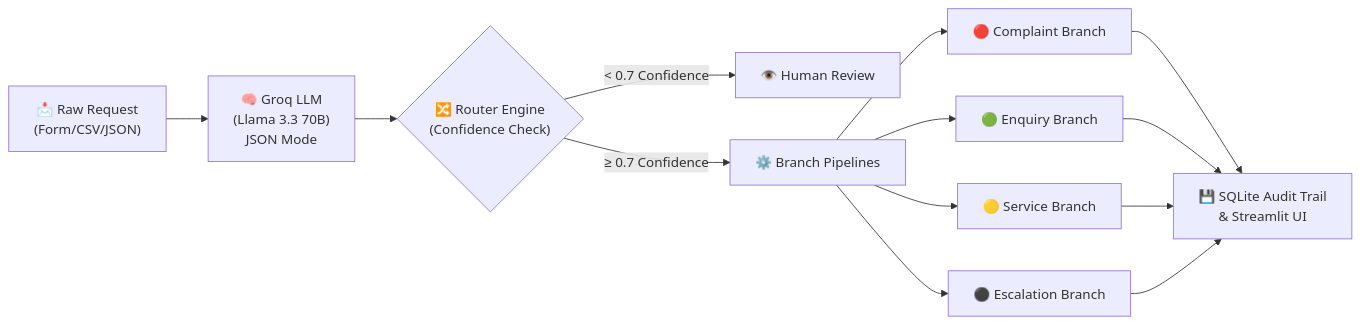
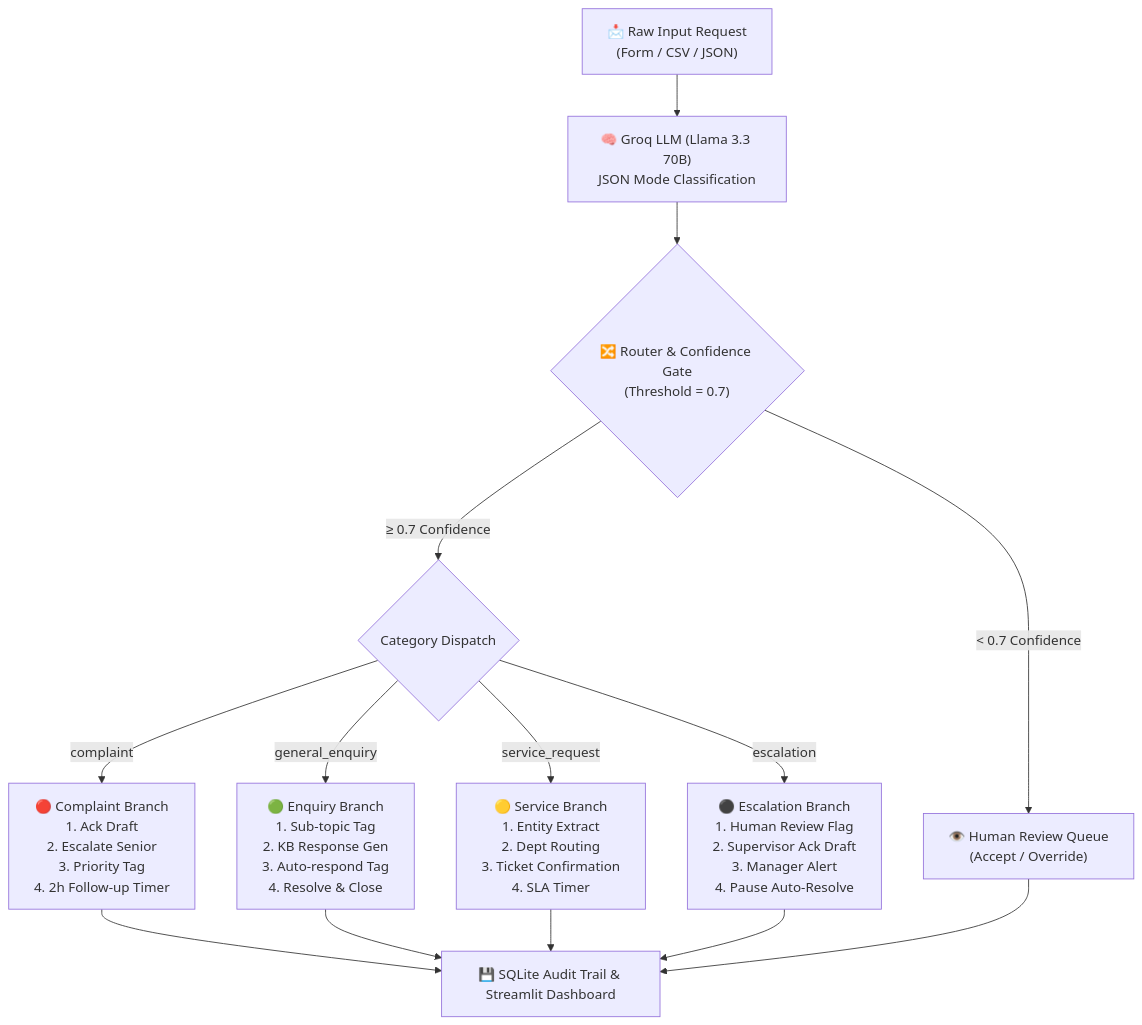
Before and after one commit to Axxhit/AI-Request-Processing-Workflow: the diagram in docs/slides/presentation.md, drawn with Mermaid. The commit also changed other lines of this file, not shown here.

````diff
--- a/docs/slides/presentation.md
+++ b/docs/slides/presentation.md
@@ -25,15 +25,15 @@
 ```mermaid
-flowchart LR
-    A["📩 Raw Request\n(Form/CSV/JSON)"] --> B["🧠 Groq LLM\n(Llama 3.3 70B)\nJSON Mode"]
-    B --> C{"🔀 Router Engine\n(Confidence Check)"}
-    
-    C -->|"< 0.7 Confidence"| H["👁️ Human Review"]
-    C -->|"≥ 0.7 Confidence"| D["⚙️ Branch Pipelines"]
+flowchart TD
+    A["📩 Raw Input Request\n(Form / CSV / JSON)"] --> B["🧠 Groq LLM (Llama 3.3 70B)\nJSON Mode Classification"]
+    B --> C{"🔀 Router & Confidence Gate\n(Threshold = 0.7)"}
 
-    D --> E1["🔴 Complaint Branch"]
-    D --> E2["🟢 Enquiry Branch"]
-    D --> E3["🟡 Service Branch"]
-    D --> E4["⚫ Escalation Branch"]
+    C -->|"< 0.7 Confidence"| H["👁️ Human Review Queue\n(Accept / Override)"]
+    C -->|"≥ 0.7 Confidence"| D{"Category Dispatch"}
 
-    E1 & E2 & E3 & E4 --> F["💾 SQLite Audit Trail\n& Streamlit UI"]
+    D -->|"complaint"| B1["🔴 Complaint Branch\n1. Ack Draft\n2. Escalate Senior\n3. Priority Tag\n4. 2h Follow-up Timer"]
+    D -->|"general_enquiry"| B2["🟢 Enquiry Branch\n1. Sub-topic Tag\n2. KB Response Gen\n3. Auto-respond Tag\n4. Resolve & Close"]
+    D -->|"service_request"| B3["🟡 Service Branch\n1. Entity Extract\n2. Dept Routing\n3. Ticket Confirmation\n4. SLA Timer"]
+    D -->|"escalation"| B4["⚫ Escalation Branch\n1. Human Review Flag\n2. Supervisor Ack Draft\n3. Manager Alert\n4. Pause Auto-Resolve"]
+
+    B1 & B2 & B3 & B4 & H --> E["💾 SQLite Audit Trail & Streamlit Dashboard"]
 ```
````
